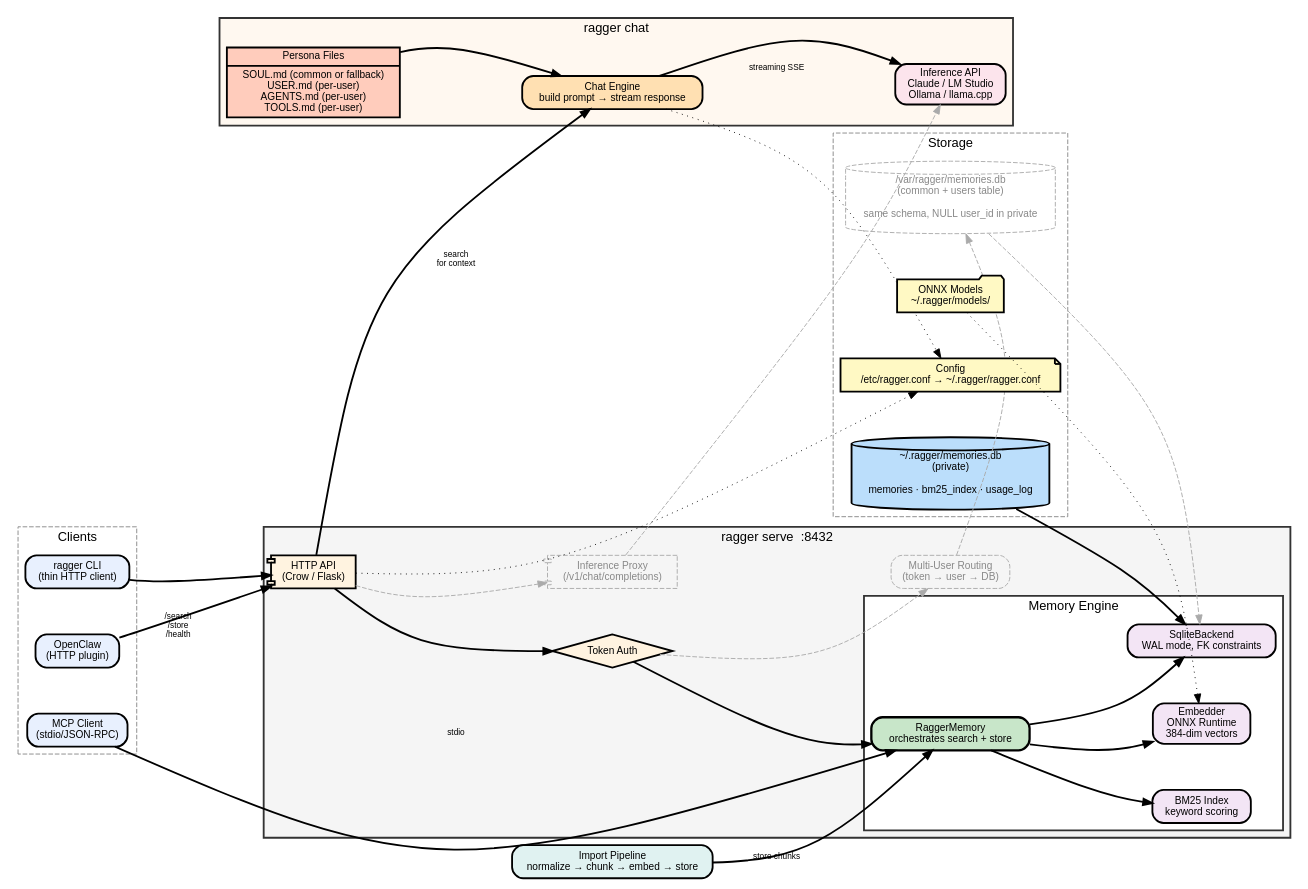
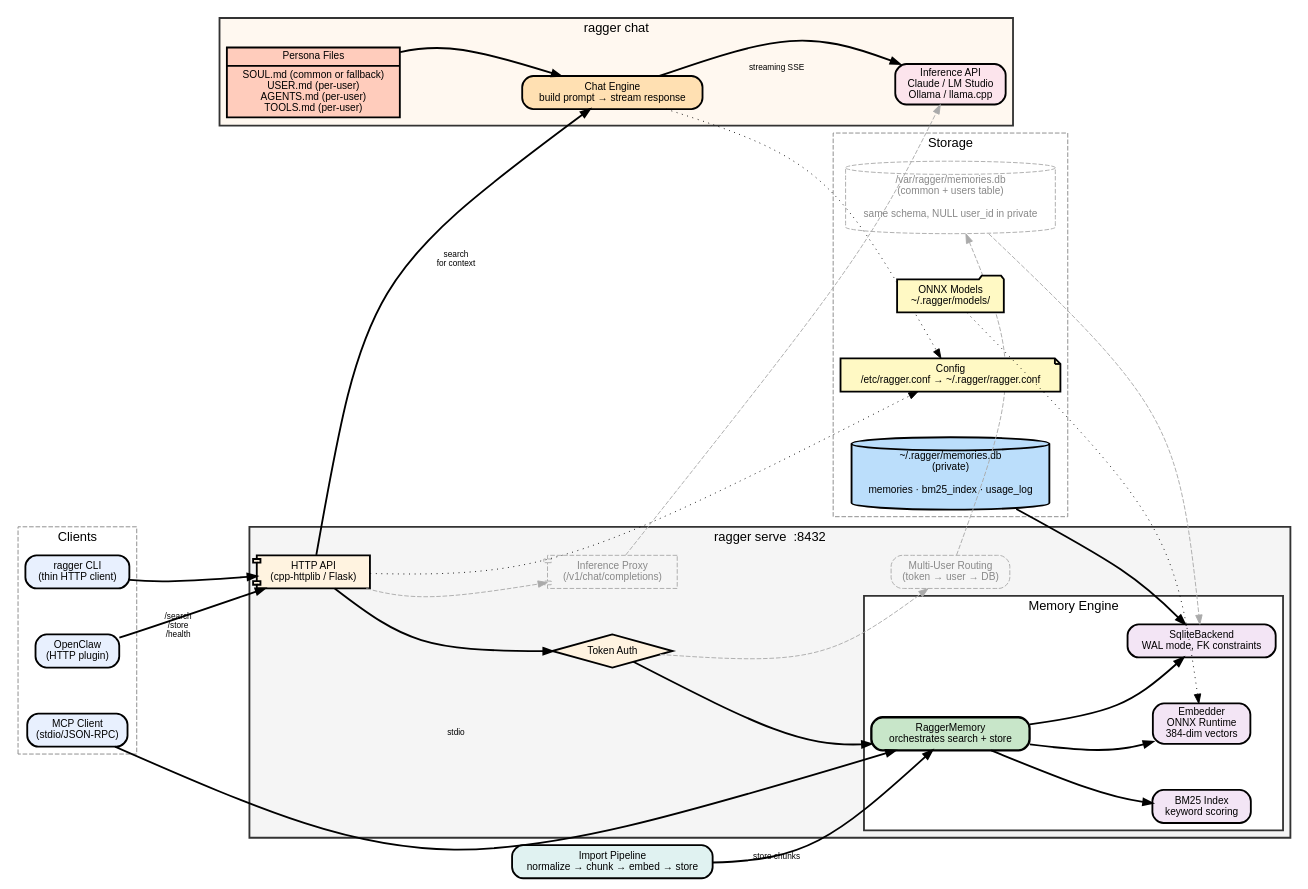
Before and after one commit to diskerror/ragger: the diagram in docs/conceptual.dot, drawn with Graphviz. The commit also changed 3 other files, not shown here.

Commit message:
Update docs: Crow → cpp-httplib (GraphViz diagrams)

```diff
--- a/docs/conceptual.dot
+++ b/docs/conceptual.dot
@@ -1,108 +1,108 @@
 // Ragger Architecture
 // Render: dot -Tpng ragger_conceptual.dot -o ragger_conceptual.png
 
 digraph ragger {
     rankdir=LR;
     fontname="Helvetica";
     node [fontname="Helvetica", fontsize=11];
     edge [fontname="Helvetica", fontsize=9];
     bgcolor="white";
     splines=curved;
     nodesep=0.7;
     ranksep=1.0;
 
     // --- Clients (left) ---
     subgraph cluster_clients {
         label="Clients";
         style=dashed; color="#888888";
         openclaw [label="OpenClaw\n(HTTP plugin)", shape=box, style="filled,bold,rounded", fillcolor="#E8F0FE", penwidth=2];
         cli [label="ragger CLI\n(thin HTTP client)", shape=box, style="filled,bold,rounded", fillcolor="#E8F0FE", penwidth=2];
         mcp_client [label="MCP Client\n(stdio/JSON-RPC)", shape=box, style="filled,bold,rounded", fillcolor="#E8F0FE", penwidth=2];
     }
 
     // --- Chat (top) ---
     subgraph cluster_chat {
         label="ragger chat";
         style="filled,bold"; fillcolor="#FFF8F0"; color="#333333"; penwidth=2;
 
         chat_engine [label="Chat Engine\nbuild prompt → stream response", shape=box, style="filled,bold,rounded", fillcolor="#FFE0B2", penwidth=2];
 
         persona [label="Persona Files|SOUL.md  (common or fallback)\nUSER.md  (per-user)\nAGENTS.md  (per-user)\nTOOLS.md  (per-user)", shape=record, style="filled,bold", fillcolor="#FFCCBC", penwidth=2];
 
         llm [label="Inference API\nClaude / LM Studio\nOllama / llama.cpp", shape=box, style="filled,bold,rounded", fillcolor="#FCE4EC", penwidth=2];
     }
 
     // --- Server (center) ---
     subgraph cluster_server {
         label="ragger serve  :8432";
         style="filled,bold"; fillcolor="#F5F5F5"; color="#333333"; penwidth=2;
 
-        http [label="HTTP API\n(Crow / Flask)", shape=component, style="filled,bold", fillcolor="#FFF3E0", penwidth=2];
+        http [label="HTTP API\n(cpp-httplib / Flask)", shape=component, style="filled,bold", fillcolor="#FFF3E0", penwidth=2];
         auth [label="Token Auth", shape=diamond, style="filled,bold", fillcolor="#FFF3E0", penwidth=2];
 
         subgraph cluster_engine {
             label="Memory Engine";
             style="filled,bold"; fillcolor="#FFFFFF"; penwidth=2;
 
             memory [label="RaggerMemory\norchestrates search + store", shape=box, style="filled,bold,rounded", fillcolor="#C8E6C9", penwidth=2.5];
             embedder [label="Embedder\nONNX Runtime\n384-dim vectors", shape=box, style="filled,bold,rounded", fillcolor="#F3E5F5", penwidth=2];
             bm25 [label="BM25 Index\nkeyword scoring", shape=box, style="filled,bold,rounded", fillcolor="#F3E5F5", penwidth=2];
             sqlite [label="SqliteBackend\nWAL mode, FK constraints", shape=box, style="filled,bold,rounded", fillcolor="#F3E5F5", penwidth=2];
         }
 
         inference_proxy [label="Inference Proxy\n(/v1/chat/completions)", shape=component, style="dashed", fillcolor="#FFF3E0", color="#AAAAAA", fontcolor="#888888"];
         multi_user [label="Multi-User Routing\n(token → user → DB)", shape=box, style="dashed,rounded", fillcolor="#FFF3E0", color="#AAAAAA", fontcolor="#888888"];
     }
 
     // --- Import (feeds into server) ---
     import [label="Import Pipeline\nnormalize → chunk → embed → store", shape=box, style="filled,bold,rounded", fillcolor="#E0F2F1", penwidth=2];
 
     // --- Storage (right) ---
     subgraph cluster_storage {
         label="Storage";
         style=dashed; color="#888888";
 
         user_db [label="~/.ragger/memories.db\n(private)\n\nmemories · bm25_index · usage_log", shape=cylinder, style="filled,bold", fillcolor="#BBDEFB", penwidth=2];
         common_db [label="/var/ragger/memories.db\n(common + users table)\n\nsame schema, NULL user_id in private", shape=cylinder, style="dashed", fillcolor="#BBDEFB", color="#AAAAAA", fontcolor="#888888"];
         config [label="Config\n/etc/ragger.conf → ~/.ragger/ragger.conf", shape=note, style="filled,bold", fillcolor="#FFF9C4", penwidth=2];
         models [label="ONNX Models\n~/.ragger/models/", shape=folder, style="filled,bold", fillcolor="#FFF9C4", penwidth=2];
     }
 
     // === EDGES ===
 
     // Clients → Server
     openclaw -> http [label="/search\n/store\n/health", penwidth=2];
     cli -> http [penwidth=2];
     mcp_client -> memory [label="stdio", penwidth=2];
 
     // Server internals
     http -> auth [penwidth=2];
     auth -> memory [penwidth=2];
     memory -> embedder [penwidth=2];
     memory -> bm25 [penwidth=2];
     memory -> sqlite [penwidth=2];
 
     // Storage (rightward)
     sqlite -> user_db [penwidth=2];
     sqlite -> common_db [style=dashed, color="#AAAAAA"];
 
     // Import
     import -> memory [label="store chunks", penwidth=2];
 
     // Chat
     chat_engine -> http [label="search\nfor context", penwidth=2];
     chat_engine -> llm [label="streaming SSE", penwidth=2];
     persona -> chat_engine [penwidth=2];
 
     // Planned
     http -> inference_proxy [style=dashed, color="#AAAAAA"];
     inference_proxy -> llm [style=dashed, color="#AAAAAA"];
     auth -> multi_user [style=dashed, color="#AAAAAA"];
     multi_user -> common_db [style=dashed, color="#AAAAAA"];
 
     // Config
     config -> http [style=dotted];
     config -> chat_engine [style=dotted];
     models -> embedder [style=dotted];
 
 }
```
